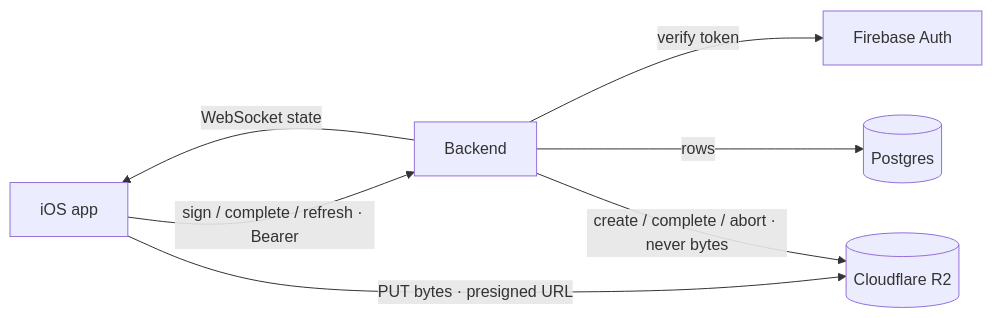
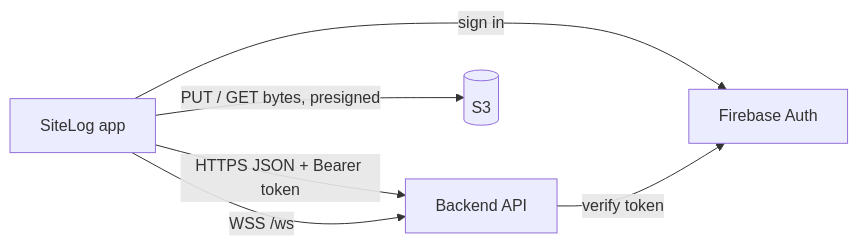
One commit to DAMHONGDUC/site-log-ios changed the diagram in docs/feature-docs/03-backend.md. Above: the diagram before and after it, drawn with Mermaid. The commit also changed other lines of this file and 33 other files, not shown here.

First line of the commit message:
docs: update docs - detail is backend moved to site-log-be, 03-backend is the client API guide

````diff
--- a/docs/feature-docs/03-backend.md
+++ b/docs/feature-docs/03-backend.md
@@ -227,9 +43,8 @@
 ```mermaid
 flowchart LR
-    App["iOS app"] -->|"sign / complete / refresh · Bearer"| BE["Backend"]
-    App -->|"PUT bytes · presigned URL"| R2[("Cloudflare R2")]
-    BE -->|"WebSocket state"| App
-    BE -->|"verify token"| FB["Firebase Auth"]
-    BE -->|"rows"| PG[("Postgres")]
-    BE -->|"create / complete / abort · never bytes"| R2
+    App["SiteLog app"] -->|"HTTPS JSON + Bearer token"| API["Backend API"]
+    App -->|"WSS /ws"| API
+    App -->|"PUT / GET bytes, presigned"| S3[("S3")]
+    App -->|"sign in"| FB["Firebase Auth"]
+    API -->|"verify token"| FB
 ```
````
